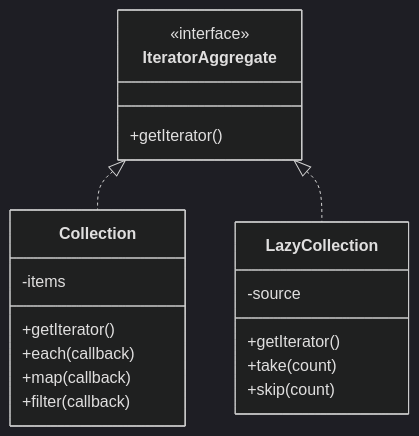
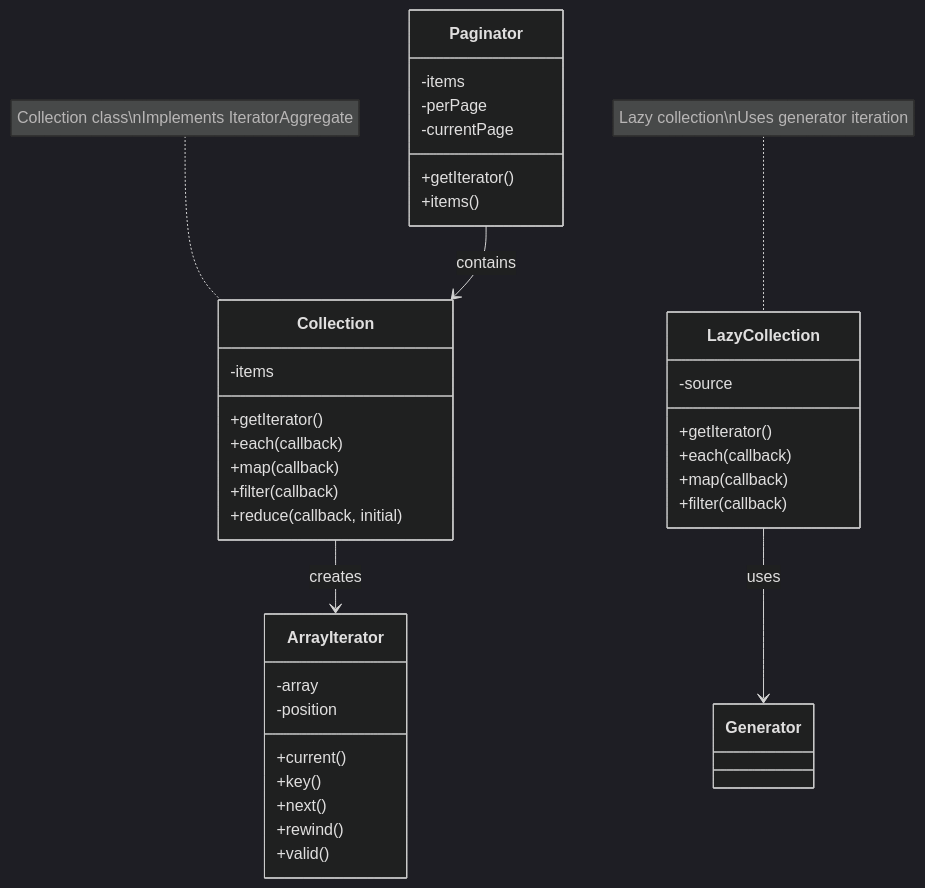
One commit to fanly/DesignPattern changed the second of 7 diagrams in resources/design-patterns/laravel/behavioral/iterator_en.md. Above: the diagram before and after it, drawn with Mermaid (dark theme). The commit also changed other lines of this file and 11 other files, not shown here.

````diff
--- a/resources/design-patterns/laravel/behavioral/iterator_en.md
+++ b/resources/design-patterns/laravel/behavioral/iterator_en.md
@@ -49,25 +49,44 @@
 ```mermaid
 classDiagram
-    class IteratorAggregate {
-        <<interface>>
-        +getIterator()
-    }
-    
     class Collection {
         -items
         +getIterator()
         +each(callback)
         +map(callback)
         +filter(callback)
+        +reduce(callback, initial)
+    }
+    
+    class ArrayIterator {
+        -array
+        -position
+        +current()
+        +key()
+        +next()
+        +rewind()
+        +valid()
     }
     
     class LazyCollection {
         -source
         +getIterator()
-        +take(count)
-        +skip(count)
+        +each(callback)
+        +map(callback)
+        +filter(callback)
     }
     
-    IteratorAggregate <|.. Collection
-    IteratorAggregate <|.. LazyCollection
+    class Paginator {
+        -items
+        -perPage
+        -currentPage
+        +getIterator()
+        +items()
+    }
+    
+    Collection --> ArrayIterator : creates
+    LazyCollection --> Generator : uses
+    Paginator --> Collection : contains
+    
+    note for Collection "Collection class\nImplements IteratorAggregate"
+    note for LazyCollection "Lazy collection\nUses generator iteration"
 ```
````
